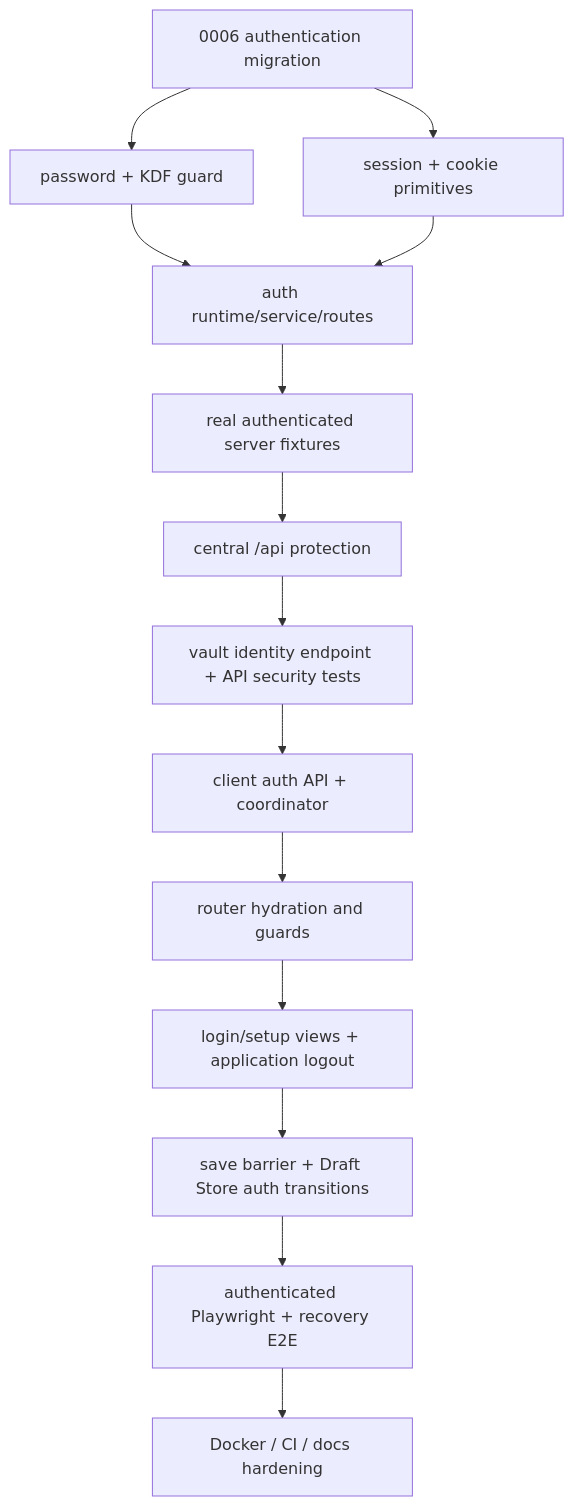
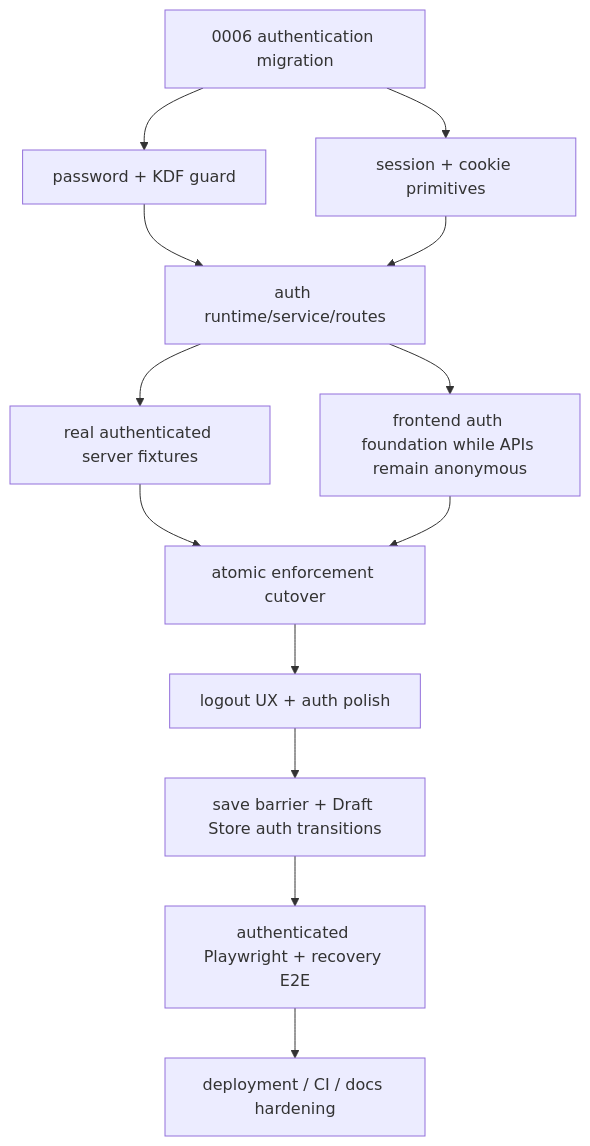
The first of 3 diagrams in docs/design/authentication-v1-implementation-plan.md (tangxiangxiang/docus), drawn with Mermaid before and after one commit. The commit also changed other lines of this file, not shown here.

Commit message:
docs(auth): harden authentication rollout plan

````diff
--- a/docs/design/authentication-v1-implementation-plan.md
+++ b/docs/design/authentication-v1-implementation-plan.md
@@ -126,16 +127,15 @@
 ```mermaid
 flowchart TD
   M["0006 authentication migration"] --> P["password + KDF guard"]
   M --> S["session + cookie primitives"]
   P --> A["auth runtime/service/routes"]
   S --> A
   A --> F["real authenticated server fixtures"]
-  F --> T["central /api protection"]
-  T --> V["vault identity endpoint + API security tests"]
-  V --> C["client auth API + coordinator"]
-  C --> R["router hydration and guards"]
-  R --> U["login/setup views + application logout"]
-  U --> D["save barrier + Draft Store auth transitions"]
+  A --> G["frontend auth foundation while APIs remain anonymous"]
+  F --> T["atomic enforcement cutover"]
+  G --> T
+  T --> L["logout UX + auth polish"]
+  L --> D["save barrier + Draft Store auth transitions"]
   D --> E["authenticated Playwright + recovery E2E"]
-  E --> X["Docker / CI / docs hardening"]
+  E --> X["deployment / CI / docs hardening"]
 ```
````
